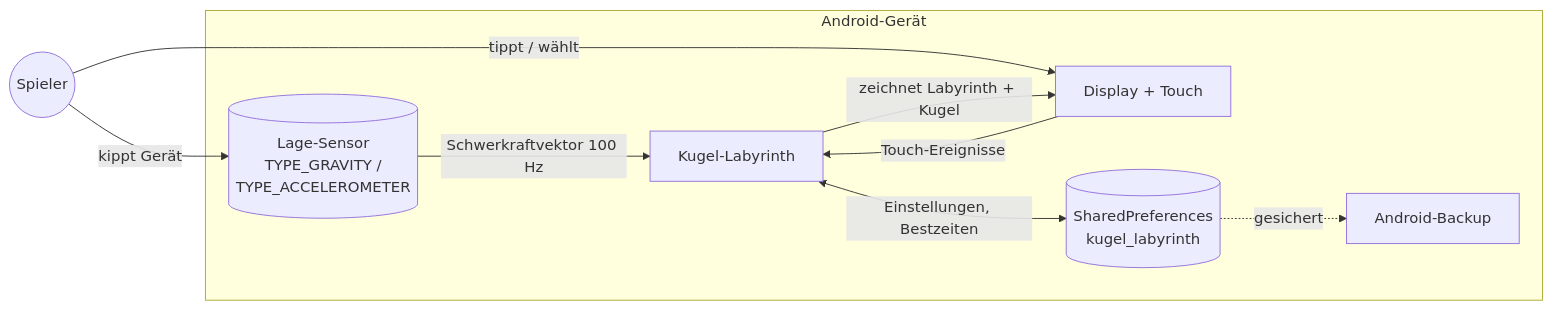
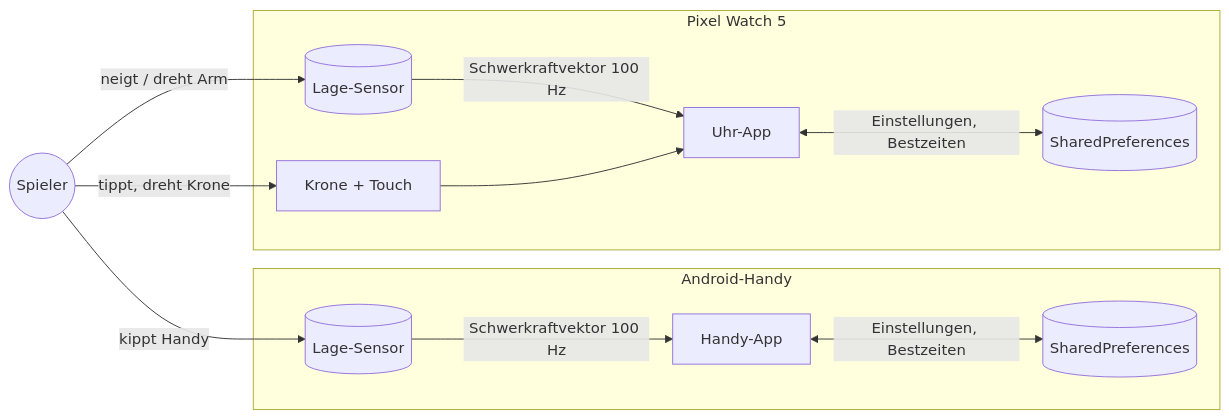
The first of 6 diagrams in docs/02-architektur.md (Neon153/kugel-labyrinth), drawn with Mermaid before and after one commit. The commit also changed other lines of this file and 9 other files, not shown here.

First line of the commit message:
Dokumentation für Version 1.4.0 (Uhr-App)

````diff
--- a/docs/02-architektur.md
+++ b/docs/02-architektur.md
@@ -38,18 +42,23 @@
 ```mermaid
 flowchart LR
     Spieler((Spieler))
-    subgraph Geraet[Android-Gerät]
-        App[Kugel-Labyrinth]
-        Sensor[(Lage-Sensor<br/>TYPE_GRAVITY /<br/>TYPE_ACCELEROMETER)]
-        Display[Display + Touch]
-        Prefs[(SharedPreferences<br/>kugel_labyrinth)]
-        Backup[Android-Backup]
+    subgraph Handy[Android-Handy]
+        App[Handy-App]
+        PSensor[(Lage-Sensor)]
+        PPrefs[(SharedPreferences)]
     end
-    Spieler -- kippt Gerät --> Sensor
-    Spieler -- tippt / wählt --> Display
-    Sensor -- Schwerkraftvektor 100 Hz --> App
-    Display -- Touch-Ereignisse --> App
-    App -- zeichnet Labyrinth + Kugel --> Display
-    App <-- Einstellungen, Bestzeiten --> Prefs
-    Prefs -. gesichert .-> Backup
+    subgraph Uhr[Pixel Watch 5]
+        Wear[Uhr-App]
+        WSensor[(Lage-Sensor)]
+        WPrefs[(SharedPreferences)]
+        Krone[Krone + Touch]
+    end
+    Spieler -- kippt Handy --> PSensor
+    Spieler -- neigt / dreht Arm --> WSensor
+    Spieler -- tippt, dreht Krone --> Krone
+    PSensor -- Schwerkraftvektor 100 Hz --> App
+    WSensor -- Schwerkraftvektor 100 Hz --> Wear
+    Krone --> Wear
+    App <-- Einstellungen, Bestzeiten --> PPrefs
+    Wear <-- Einstellungen, Bestzeiten --> WPrefs
 ```
````
